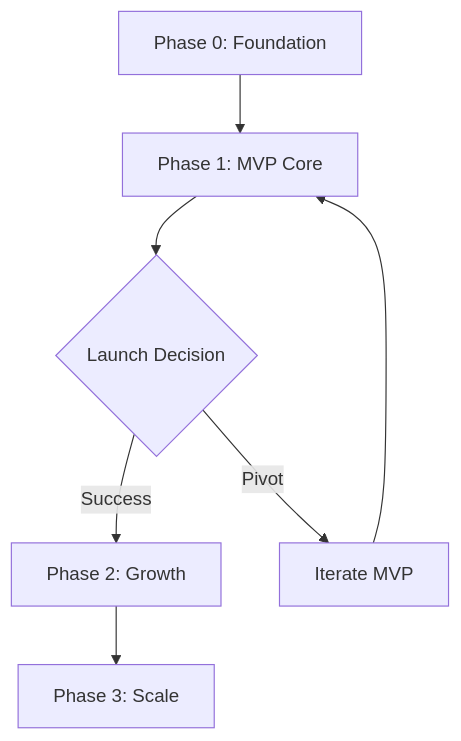
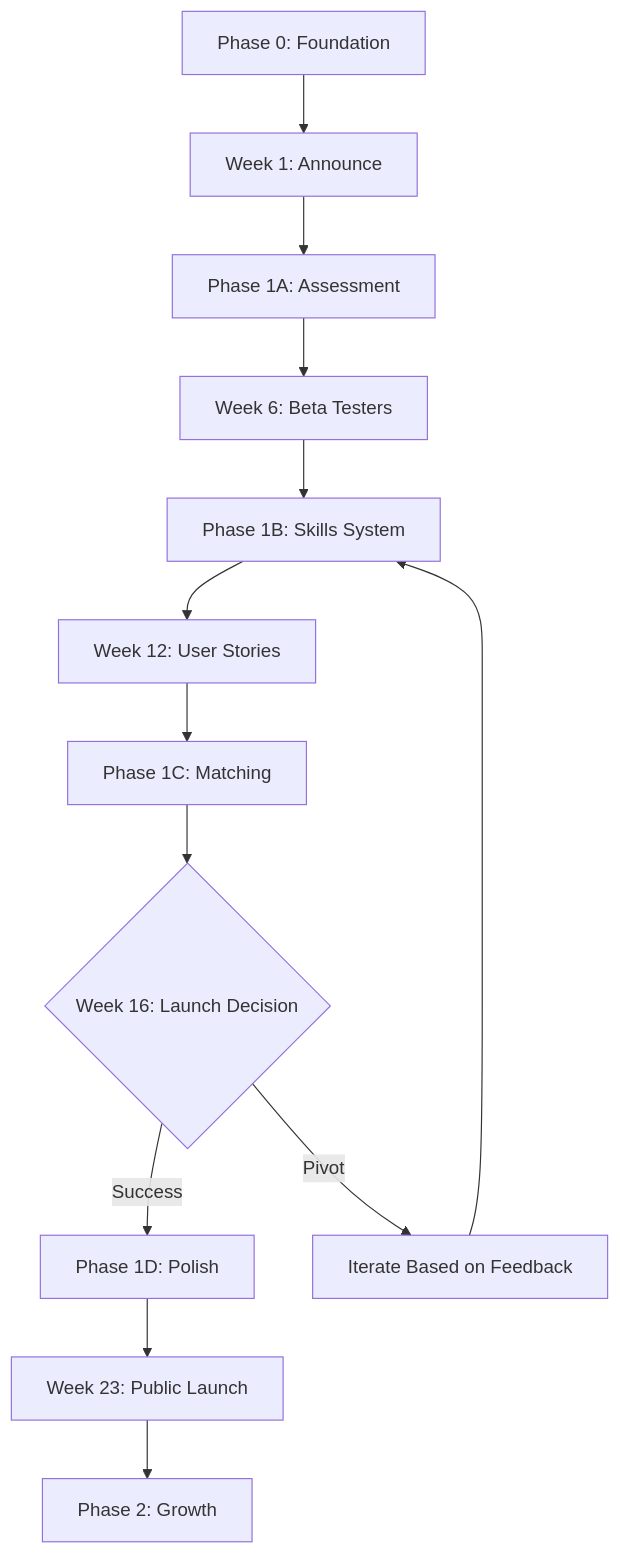
One commit to vforvaick/life-rpg changed the diagram in roadmap-skilltree.md. Above: the diagram before and after it, drawn with Mermaid. The commit also changed other lines of this file, not shown here.

First line of the commit message:
docs: Add integrated roadmap with build-in-public milestones

````diff
--- a/roadmap-skilltree.md
+++ b/roadmap-skilltree.md
@@ -116,9 +280,15 @@
 ```mermaid
 graph TD
-    A[Phase 0: Foundation] --> B[Phase 1: MVP Core]
-    B --> C{Launch Decision}
-    C -->|Success| D[Phase 2: Growth]
-    C -->|Pivot| E[Iterate MVP]
-    D --> F[Phase 3: Scale]
-    E --> B
+    A[Phase 0: Foundation] --> B[Week 1: Announce]
+    B --> C[Phase 1A: Assessment]
+    C --> D[Week 6: Beta Testers]
+    D --> E[Phase 1B: Skills System]
+    E --> F[Week 12: User Stories]
+    F --> G[Phase 1C: Matching]
+    G --> H{Week 16: Launch Decision}
+    H -->|Success| I[Phase 1D: Polish]
+    H -->|Pivot| J[Iterate Based on Feedback]
+    I --> K[Week 23: Public Launch]
+    J --> E
+    K --> L[Phase 2: Growth]
 ```
````
